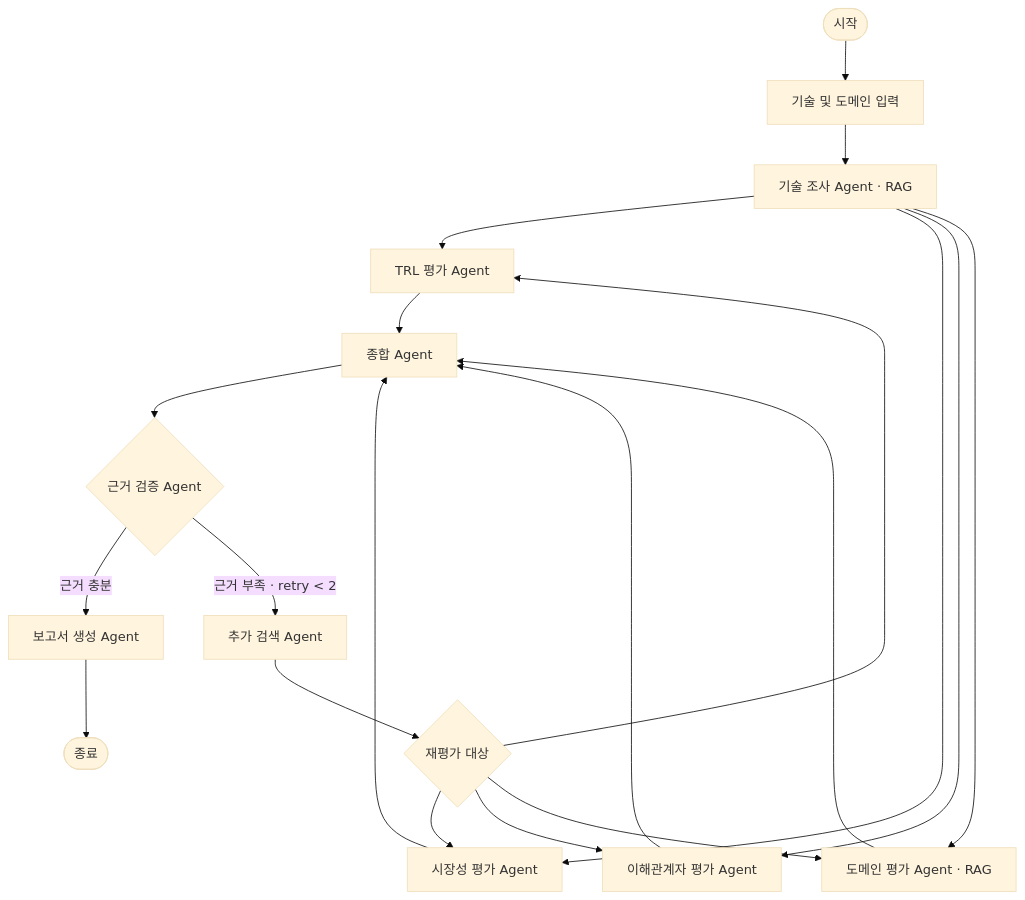
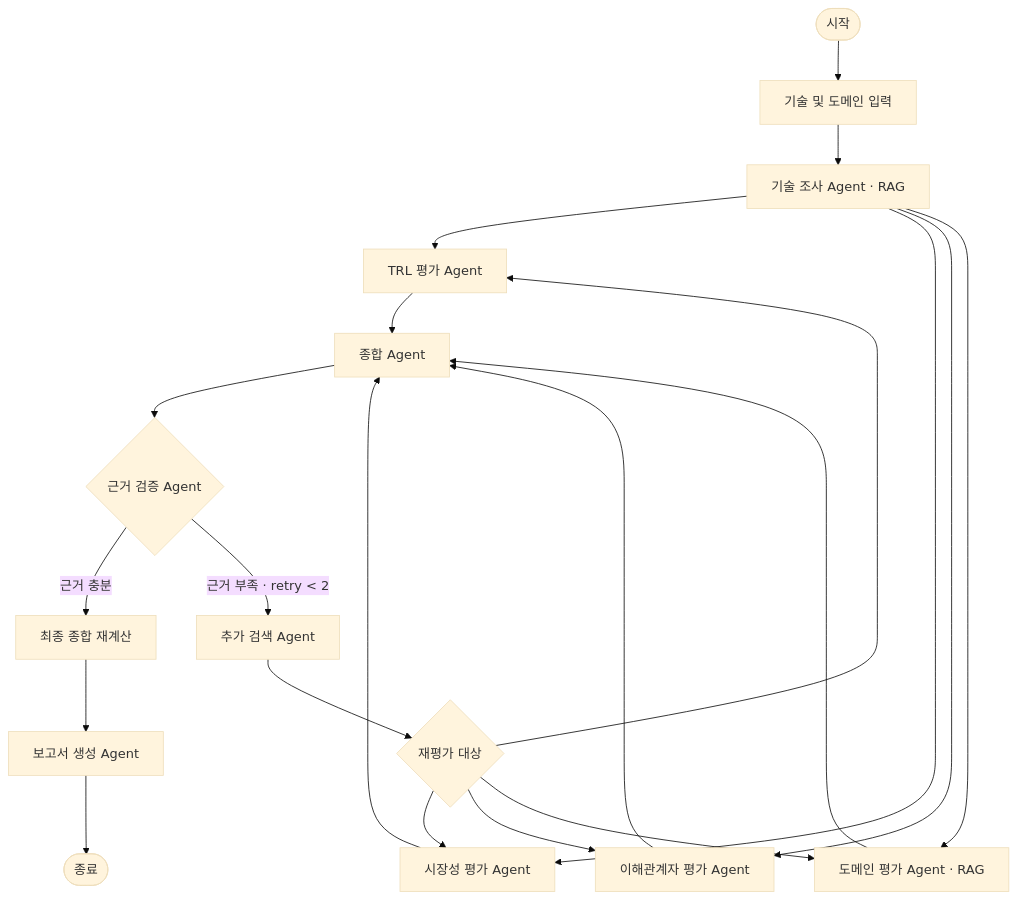
One commit to kchanis1223/-SKALA-KVCache_Report_Agent changed the diagram in README.md. Above: the diagram before and after it, drawn with Mermaid (base theme). The commit also changed other lines of this file and 4 other files, not shown here.

````diff
--- a/README.md
+++ b/README.md
@@ -168,28 +168,29 @@
 ```mermaid
 flowchart TD
     S([시작]) --> A[기술 및 도메인 입력]
     A --> B[기술 조사 Agent · RAG]
 
     B --> C[TRL 평가 Agent]
     B --> D[시장성 평가 Agent]
     B --> E[이해관계자 평가 Agent]
     B --> F[도메인 평가 Agent · RAG]
 
     C --> G[종합 Agent]
     D --> G
     E --> G
     F --> G
 
     G --> H{근거 검증 Agent}
 
-    H -->|근거 충분| J[보고서 생성 Agent]
+    H -->|근거 충분| L[최종 종합 재계산]
+    L --> J[보고서 생성 Agent]
     J --> Z([종료])
 
     H -->|근거 부족 · retry < 2| I[추가 검색 Agent]
     I --> K{재평가 대상}
 
     K --> C
     K --> D
     K --> E
     K --> F
 ```
````
